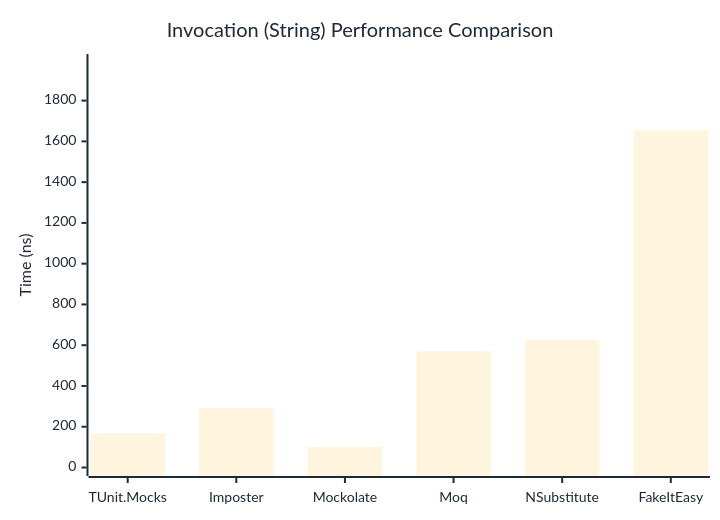
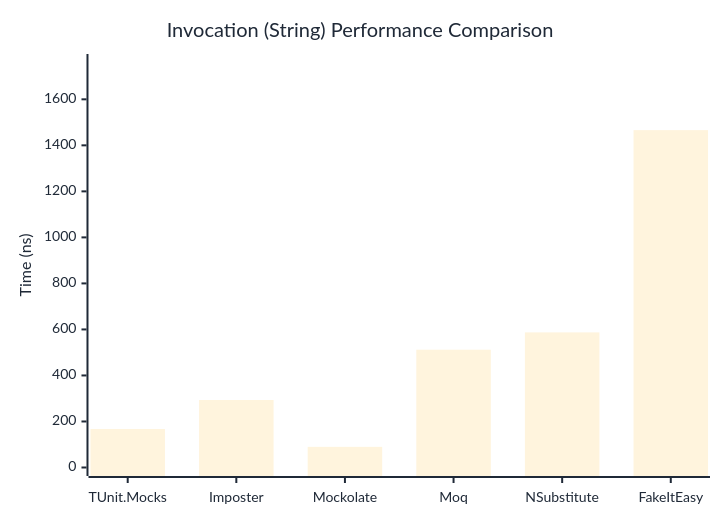
One commit to thomhurst/TUnit changed the second of 3 diagrams in docs/docs/benchmarks/mocks/Invocation.md. Above: the diagram before and after it, drawn with Mermaid. The commit also changed other lines of this file and 14 other files, not shown here.

````diff
--- a/docs/docs/benchmarks/mocks/Invocation.md
+++ b/docs/docs/benchmarks/mocks/Invocation.md
@@ -71,27 +71,27 @@
 ```mermaid
 %%{init: {
   'theme':'base',
   'themeVariables': {
     'primaryColor': '#2563eb',
     'primaryTextColor': '#1f2937',
     'primaryBorderColor': '#1e40af',
     'lineColor': '#6b7280',
     'secondaryColor': '#7c3aed',
     'tertiaryColor': '#dc2626',
     'background': '#ffffff',
     'pie1': '#2563eb',
     'pie2': '#7c3aed',
     'pie3': '#dc2626',
     'pie4': '#f59e0b',
     'pie5': '#10b981',
     'pie6': '#06b6d4',
     'pie7': '#ec4899',
     'pie8': '#6366f1'
   }
 }}%%
 xychart-beta
   title "Invocation (String) Performance Comparison"
   x-axis ["TUnit.Mocks", "Imposter", "Mockolate", "Moq", "NSubstitute", "FakeItEasy"]
-  y-axis "Time (ns)" 0 --> 1987
-  bar [166, 290.1, 100.8, 570.1, 626.3, 1655.2]
+  y-axis "Time (ns)" 0 --> 1760
+  bar [167.17, 293.44, 89.72, 511.92, 587.19, 1466.12]
 ```
````
